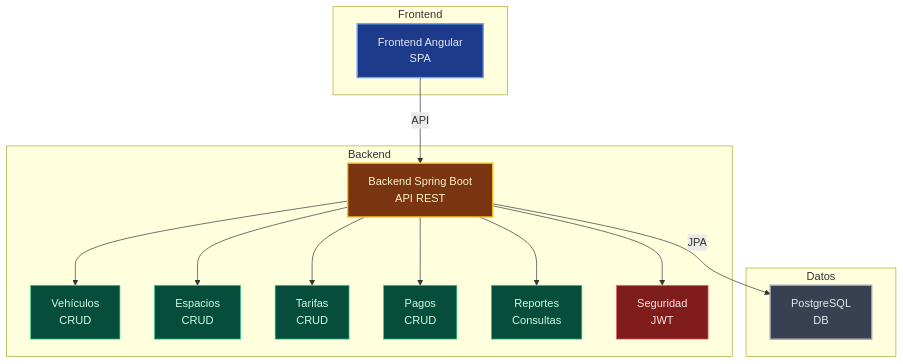
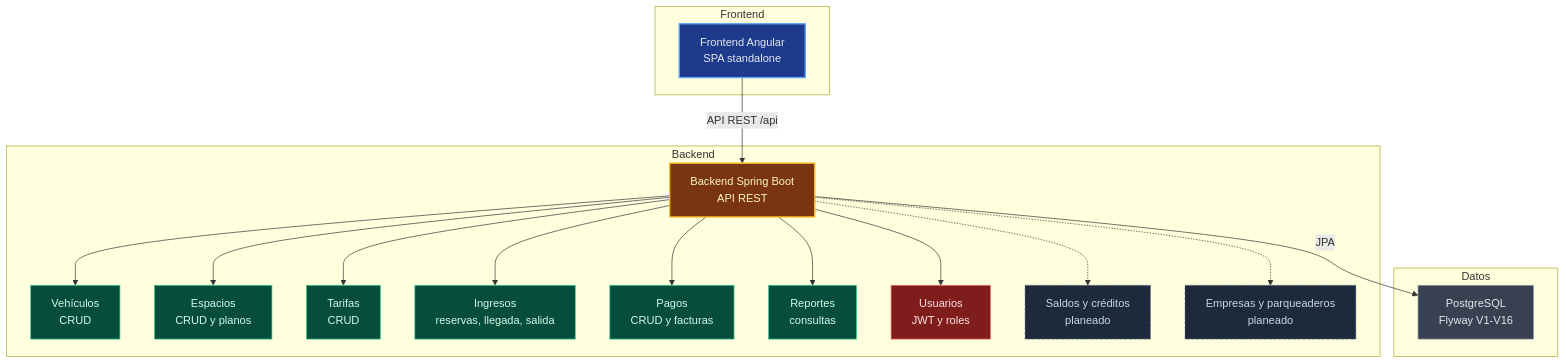
One commit to JulianSalamanca-code/ParkFlow360 changed the diagram in docs/diagrama-arquitectura-adr.md. Above: the diagram before and after it, drawn with Mermaid. The commit also changed other lines of this file and 13 other files, not shown here.

````diff
--- a/docs/diagrama-arquitectura-adr.md
+++ b/docs/diagrama-arquitectura-adr.md
@@ -7,39 +10,48 @@
 ```mermaid
 graph TD
     subgraph Frontend
-        F[Frontend Angular<br/>SPA]
+        F[Frontend Angular<br/>SPA standalone]
     end
 
     subgraph Backend
         B[Backend Spring Boot<br/>API REST]
         V[Vehículos<br/>CRUD]
-        E[Espacios<br/>CRUD]
+        E[Espacios<br/>CRUD y planos]
         T[Tarifas<br/>CRUD]
-        P[Pagos<br/>CRUD]
-        R[Reportes<br/>Consultas]
-        S[Seguridad<br/>JWT]
+        I[Ingresos<br/>reservas, llegada, salida]
+        P[Pagos<br/>CRUD y facturas]
+        R[Reportes<br/>consultas]
+        U[Usuarios<br/>JWT y roles]
+        S2[Saldos y créditos<br/>planeado]
+        M[Empresas y parqueaderos<br/>planeado]
     end
 
     subgraph Datos
-        D[PostgreSQL<br/>DB]
+        D[PostgreSQL<br/>Flyway V1-V16]
     end
 
-    F -->|API| B
+    F -->|API REST /api| B
     B -->|JPA| D
     B --> V
     B --> E
     B --> T
+    B --> I
     B --> P
     B --> R
-    B --> S
+    B --> U
+    B -.-> S2
+    B -.-> M
 
     style F fill:#1e3a8a,stroke:#60a5fa,stroke-width:2px,color:#e2e8f0
     style B fill:#78350f,stroke:#fbbf24,stroke-width:2px,color:#fef3c7
-    style D fill:#374151,stroke:#9ca3af,stroke-width:2px,color:#e5e7eb
+    style D fill:#374151,stroke:#9ca3af,color:#e5e7eb
     style V fill:#064e3b,stroke:#34d399,color:#d1fae5
     style E fill:#064e3b,stroke:#34d399,color:#d1fae5
     style T fill:#064e3b,stroke:#34d399,color:#d1fae5
+    style I fill:#064e3b,stroke:#34d399,color:#d1fae5
     style P fill:#064e3b,stroke:#34d399,color:#d1fae5
     style R fill:#064e3b,stroke:#34d399,color:#d1fae5
-    style S fill:#7f1d1d,stroke:#f87171,color:#fee2e2
+    style U fill:#7f1d1d,stroke:#f87171,color:#fee2e2
+    style S2 fill:#1e293b,stroke:#64748b,stroke-dasharray: 4 3,color:#cbd5e1
+    style M fill:#1e293b,stroke:#64748b,stroke-dasharray: 4 3,color:#cbd5e1
 ```
````
